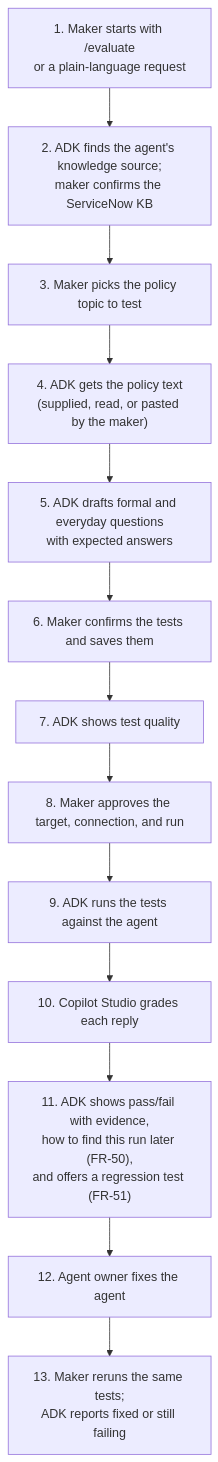
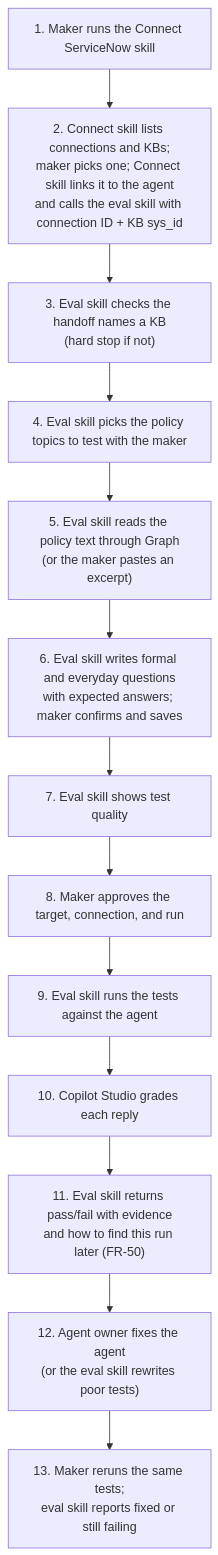
Before and after one commit to microsoft/Employee-Self-Service-Agent-Developer-Kit: the third of 3 diagrams in EVALS-IMPLEMENTATION-SPEC.md, drawn with Mermaid. The commit also changed other lines of this file, not shown here.

````diff
--- a/EVALS-IMPLEMENTATION-SPEC.md
+++ b/EVALS-IMPLEMENTATION-SPEC.md
@@ -754,18 +893,18 @@
 ```mermaid
 flowchart TD
-    Start["1. Maker starts with /evaluate<br/>or a plain-language request"]
-    Source["2. ADK finds the agent's knowledge source;<br/>maker confirms the ServiceNow KB"]
-    Topic["3. Maker picks the policy topic to test"]
-    Excerpt["4. ADK gets the policy text<br/>(supplied, read, or pasted by the maker)"]
-    Draft["5. ADK drafts formal and everyday questions<br/>with expected answers"]
-    Confirm["6. Maker confirms the tests and saves them"]
-    Quality["7. ADK shows test quality"]
+    Start["1. Maker runs the Connect ServiceNow skill"]
+    Source["2. Connect skill lists connections and KBs;<br/>maker picks one; Connect skill links it to the agent<br/>and calls the eval skill with connection ID + KB sys_id"]
+    Check["3. Eval skill checks the handoff names a KB<br/>(hard stop if not)"]
+    Topic["4. Eval skill picks the policy topics to test with the maker"]
+    Excerpt["5. Eval skill reads the policy text through Graph<br/>(or the maker pastes an excerpt)"]
+    Draft["6. Eval skill writes formal and everyday questions<br/>with expected answers; maker confirms and saves"]
+    Quality["7. Eval skill shows test quality"]
     Approve["8. Maker approves the target, connection, and run"]
-    Run["9. ADK runs the tests against the agent"]
+    Run["9. Eval skill runs the tests against the agent"]
     Grade["10. Copilot Studio grades each reply"]
-    Results["11. ADK shows pass/fail with evidence,<br/>how to find this run later (FR-50),<br/>and offers a regression test (FR-51)"]
-    Fix["12. Agent owner fixes the agent"]
-    Rerun["13. Maker reruns the same tests;<br/>ADK reports fixed or still failing"]
+    Results["11. Eval skill returns pass/fail with evidence<br/>and how to find this run later (FR-50)"]
+    Fix["12. Agent owner fixes the agent<br/>(or the eval skill rewrites poor tests)"]
+    Rerun["13. Maker reruns the same tests;<br/>eval skill reports fixed or still failing"]
 
-    Start --> Source --> Topic --> Excerpt --> Draft --> Confirm --> Quality --> Approve --> Run --> Grade --> Results --> Fix --> Rerun
+    Start --> Source --> Check --> Topic --> Excerpt --> Draft --> Quality --> Approve --> Run --> Grade --> Results --> Fix --> Rerun
 ```
````
